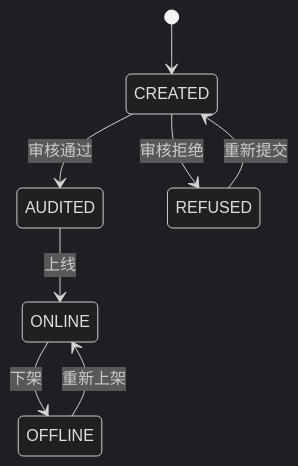
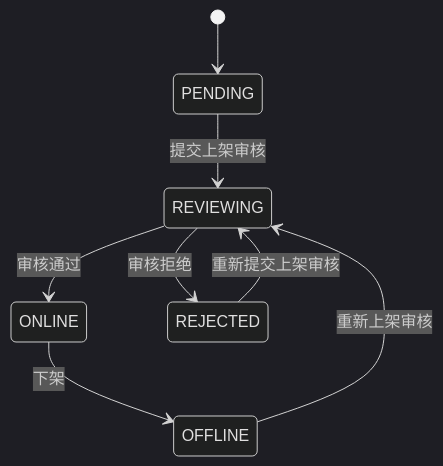
Before and after one commit to yeying-community/node: the second of 10 diagrams in docs/zh/workflows.md, drawn with Mermaid (dark theme). The commit also changed other lines of this file and 85 other files, not shown here.

````diff
--- a/docs/zh/workflows.md
+++ b/docs/zh/workflows.md
@@ -25,10 +26,10 @@
 ```mermaid
 stateDiagram-v2
-  [*] --> CREATED
-  CREATED --> AUDITED: 审核通过
-  CREATED --> REFUSED: 审核拒绝
-  AUDITED --> ONLINE: 上线
+  [*] --> PENDING
+  PENDING --> REVIEWING: 提交上架审核
+  REVIEWING --> ONLINE: 审核通过
+  REVIEWING --> REJECTED: 审核拒绝
   ONLINE --> OFFLINE: 下架
-  OFFLINE --> ONLINE: 重新上架
-  REFUSED --> CREATED: 重新提交
+  OFFLINE --> REVIEWING: 重新上架审核
+  REJECTED --> REVIEWING: 重新提交上架审核
 ```
````
